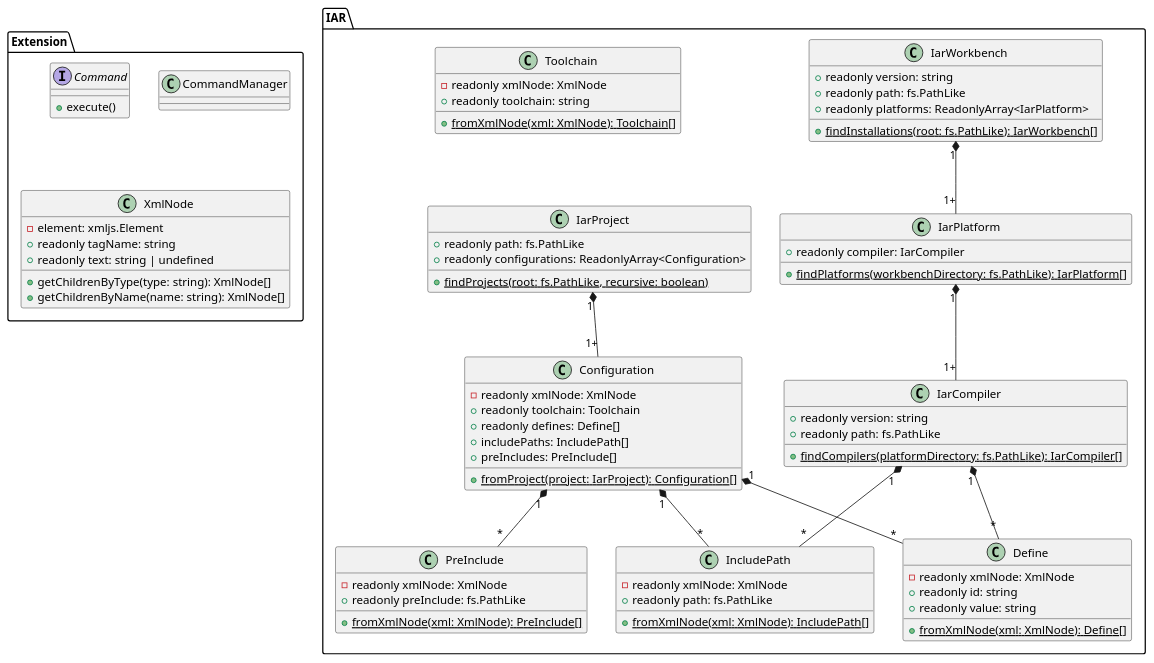
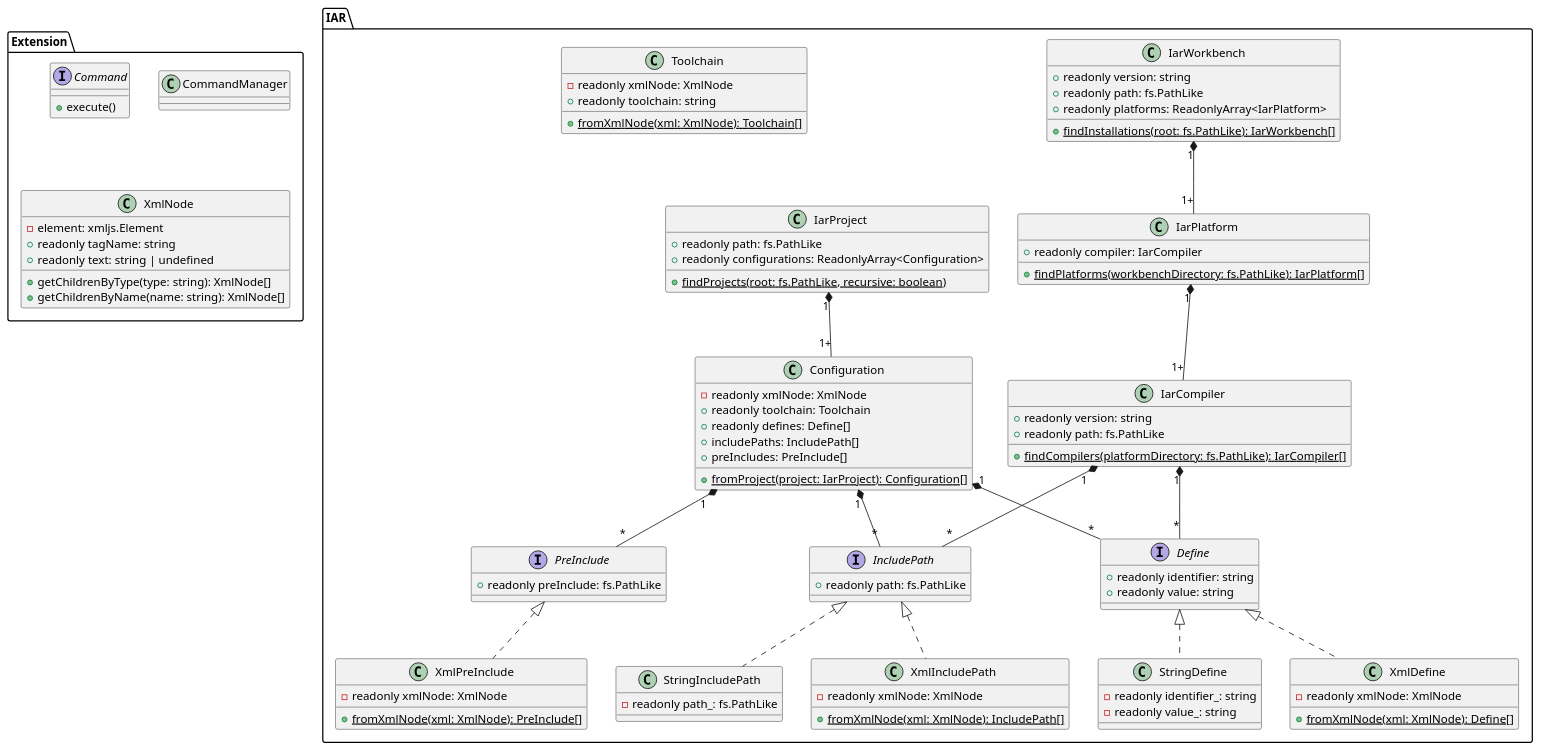
The diagram in Documentation/plantuml/src/class_diagram.puml (iarsystems/iar-vsc-build), drawn with PlantUML before and after one commit.

Commit message:
Update class diagram

```diff
--- a/Documentation/plantuml/src/class_diagram.puml
+++ b/Documentation/plantuml/src/class_diagram.puml
@@ -1,102 +1,128 @@
 @startuml
 
 package IAR {
     class IarWorkbench {
         +readonly version: string
         +readonly path: fs.PathLike
         +readonly platforms: ReadonlyArray<IarPlatform>
 
         +{static} findInstallations(root: fs.PathLike): IarWorkbench[]
     }
 
     class IarPlatform {
         +readonly compiler: IarCompiler
 
         +{static} findPlatforms(workbenchDirectory: fs.PathLike): IarPlatform[]
     }
 
     class IarCompiler {
         +readonly version: string
         +readonly path: fs.PathLike
 
         +{static} findCompilers(platformDirectory: fs.PathLike): IarCompiler[]
     }
 
     class IarProject {
         +readonly path: fs.PathLike
         +readonly configurations: ReadonlyArray<Configuration>
 
         +{static} findProjects(root: fs.PathLike, recursive: boolean)
     }
 
     class Configuration {
         -readonly xmlNode: XmlNode
         +readonly toolchain: Toolchain
         +readonly defines: Define[]
         +includePaths: IncludePath[]
         +preIncludes: PreInclude[]
 
         +{static} fromProject(project: IarProject): Configuration[]
     }
 
-    class Define {
+    Interface Define {
+        +readonly identifier: string
+        +readonly value: string
+    }
+
+    class XmlDefine {
         -readonly xmlNode: XmlNode
-        +readonly id: string
-        +readonly value: string
-
+        
         +{static} fromXmlNode(xml: XmlNode): Define[]
     }
 
-    class IncludePath {
+    class StringDefine {
+        -readonly identifier_: string
+        -readonly value_: string
+    }
+
+    Interface IncludePath {
+        +readonly path: fs.PathLike
+    }
+
+    class XmlIncludePath {
         -readonly xmlNode: XmlNode
-        +readonly path: fs.PathLike
 
         +{static} fromXmlNode(xml: XmlNode): IncludePath[]
     }
 
-    class PreInclude {
+    class StringIncludePath {
+        -readonly path_: fs.PathLike
+    }
+
+    Interface PreInclude {
+        +readonly preInclude: fs.PathLike
+    }
+
+    class XmlPreInclude {
         -readonly xmlNode: XmlNode
-        +readonly preInclude: fs.PathLike
 
         +{static} fromXmlNode(xml: XmlNode): PreInclude[]
     }
 
     class Toolchain {
         -readonly xmlNode: XmlNode
         +readonly toolchain: string
 
         +{static} fromXmlNode(xml: XmlNode): Toolchain[]
     }
 }
 
 package Extension {
     interface Command {
         +execute()
     }
 
     class CommandManager {
     }
 
     class XmlNode {
         -element: xmljs.Element
         +readonly tagName: string
         +readonly text: string | undefined
 
         +getChildrenByType(type: string): XmlNode[]
         +getChildrenByName(name: string): XmlNode[]
     }
 }
 
 IarWorkbench "1" *-- "1+" IarPlatform
 IarPlatform "1" *-- "1+" IarCompiler
 
 IarProject "1" *-- "1+" Configuration
 
 Configuration "1" *-- "*" Define
 Configuration "1" *-- "*" IncludePath
 Configuration "1" *-- "*" PreInclude
 
 IarCompiler "1" *-- "*" Define
 IarCompiler "1" *-- "*" IncludePath
 
+Define <|.. XmlDefine
+Define <|.. StringDefine
+
+IncludePath <|.. XmlIncludePath
+IncludePath <|.. StringIncludePath
+
+PreInclude <|.. XmlPreInclude
+
 @enduml
```
